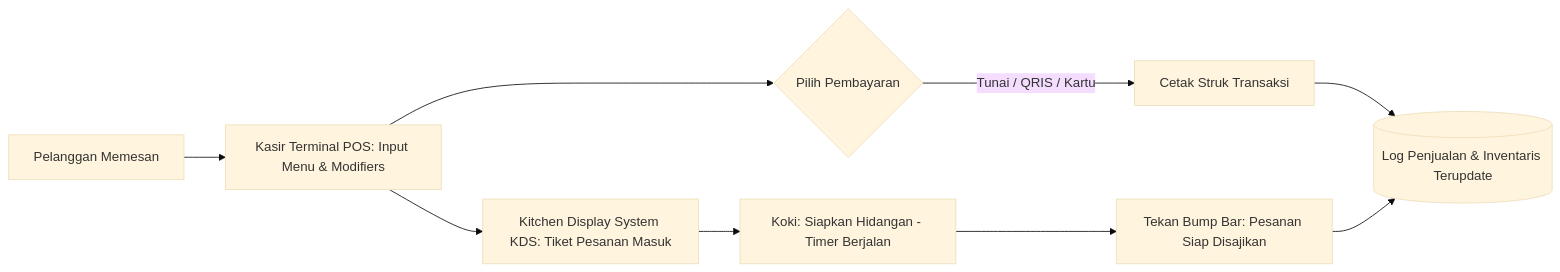
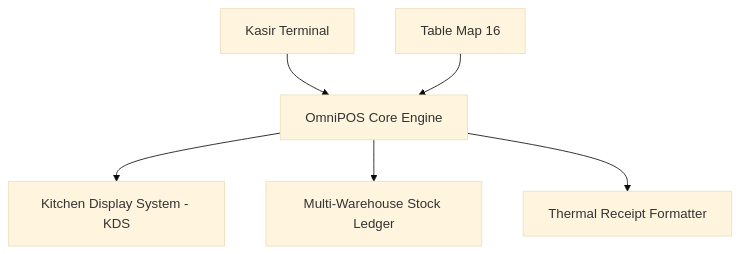
The diagram in README.md (olyxmintabansos-byte/omnipos-os), drawn with Mermaid (base theme) before and after one commit. The commit also changed other lines of this file, not shown here.

Commit message:
docs: sync production-grade README with live badges & architecture diagram

````diff
--- a/README.md
+++ b/README.md
@@ -48,12 +20,8 @@
 ```mermaid
-flowchart LR
-    A[Pelanggan Memesan] --> B[Kasir Terminal POS: Input Menu & Modifiers]
-    B --> C{Pilih Pembayaran}
-    C -->|Tunai / QRIS / Kartu| D[Cetak Struk Transaksi]
-    
-    B --> E[Kitchen Display System KDS: Tiket Pesanan Masuk]
-    E --> F[Koki: Siapkan Hidangan - Timer Berjalan]
-    F --> G[Tekan Bump Bar: Pesanan Siap Disajikan]
-    
-    D & G --> H[(Log Penjualan & Inventaris Terupdate)]
+graph TD
+    A[Kasir Terminal] --> B[OmniPOS Core Engine]
+    C[Table Map 16] --> B
+    B --> D[Kitchen Display System - KDS]
+    B --> E[Multi-Warehouse Stock Ledger]
+    B --> F[Thermal Receipt Formatter]
 ```
````
